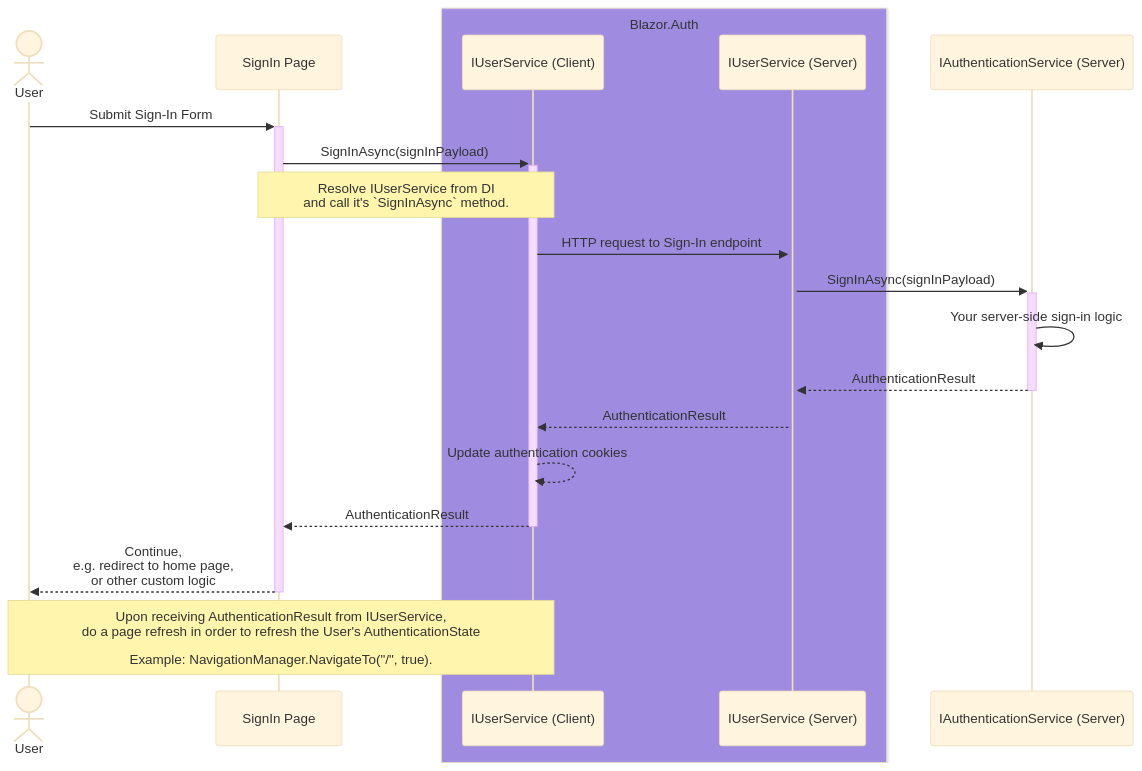
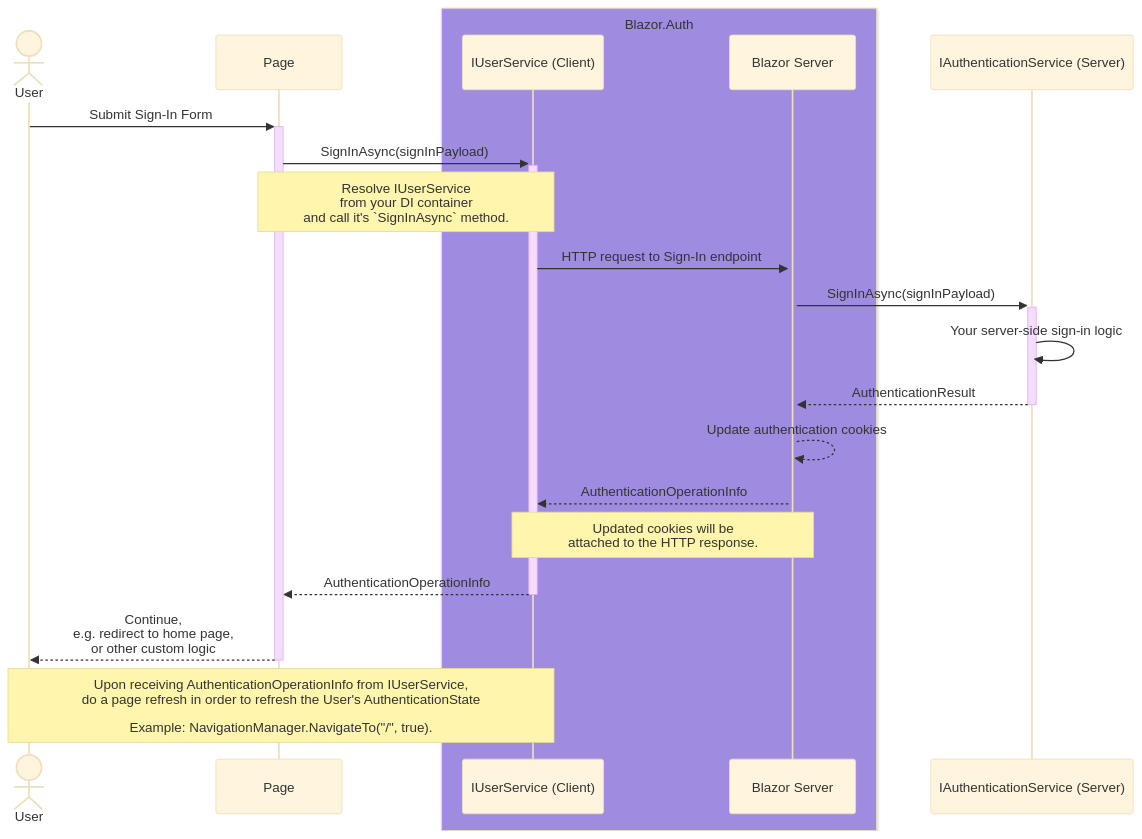
The first of 3 diagrams in docs/src/04.use-cases/02.interactive-webassembly.md (BitzArt/Blazor.Auth), drawn with Mermaid (base theme) before and after one commit. The commit also changed other lines of this file and 101 other files, not shown here.

````diff
--- a/docs/src/04.use-cases/02.interactive-webassembly.md
+++ b/docs/src/04.use-cases/02.interactive-webassembly.md
@@ -9,30 +9,32 @@
 ```mermaid
 sequenceDiagram
 
 actor user as User
-participant page as SignIn Page
+participant page as Page
 
 box rgba(101, 63, 232, 0.5) Blazor.Auth
 participant userServiceClient as IUserService (Client)
-participant userServiceServer as IUserService (Server)
+participant userServiceServer as Blazor Server
 end
 
 participant authService as IAuthenticationService (Server)
 
 user ->>+ page: Submit Sign-In Form
 page ->>+ userServiceClient: SignInAsync(signInPayload)
-note over page,userServiceClient: Resolve IUserService from DI<br/> and call it's `SignInAsync` method.
+note over page,userServiceClient: Resolve IUserService <br/> from your DI container<br/> and call it's `SignInAsync` method.
 userServiceClient ->>+ userServiceServer: HTTP request to Sign-In endpoint
 
 userServiceServer ->>+ authService: SignInAsync(signInPayload)
 authService ->> authService: Your server-side sign-in logic
 
 authService -->>- userServiceServer: AuthenticationResult
-userServiceServer -->> userServiceClient: AuthenticationResult
-userServiceClient -->> userServiceClient: Update authentication cookies
+userServiceServer -->> userServiceServer: Update authentication cookies
+userServiceServer -->> userServiceClient: AuthenticationOperationInfo
 
-userServiceClient -->>- page: AuthenticationResult
+note over userServiceClient,userServiceServer: Updated cookies will be<br/>attached to the HTTP response.
+
+userServiceClient -->>- page: AuthenticationOperationInfo
 page -->>- user: Continue, <br/> e.g. redirect to home page, <br/> or other custom logic
 
-note over user,userServiceClient: Upon receiving AuthenticationResult from IUserService, <br/> do a page refresh in order to refresh the User's AuthenticationState<br/><br/> Example: NavigationManager.NavigateTo("/", true).
+note over user,userServiceClient: Upon receiving AuthenticationOperationInfo from IUserService, <br/> do a page refresh in order to refresh the User's AuthenticationState<br/><br/> Example: NavigationManager.NavigateTo("/", true).
 ```
````
